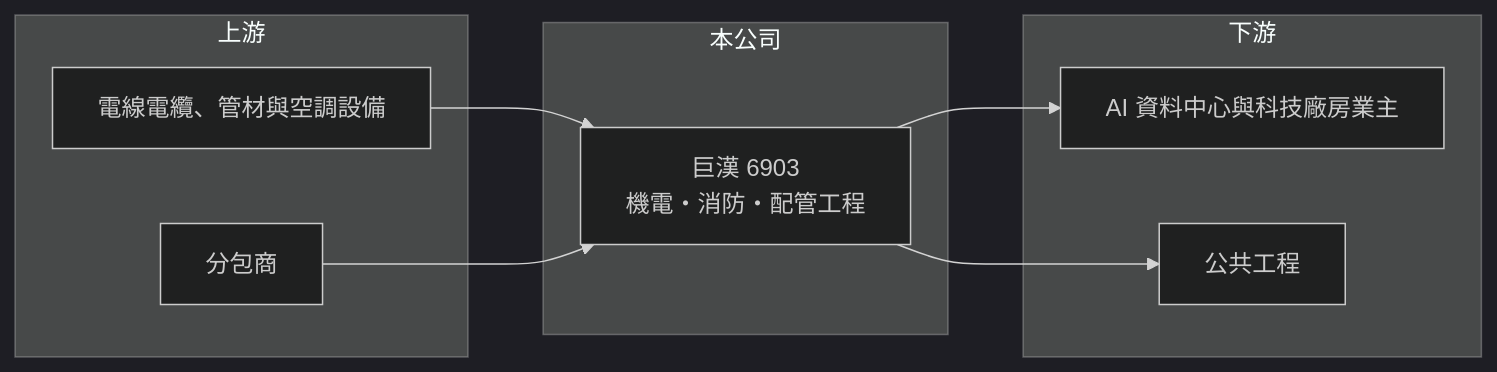
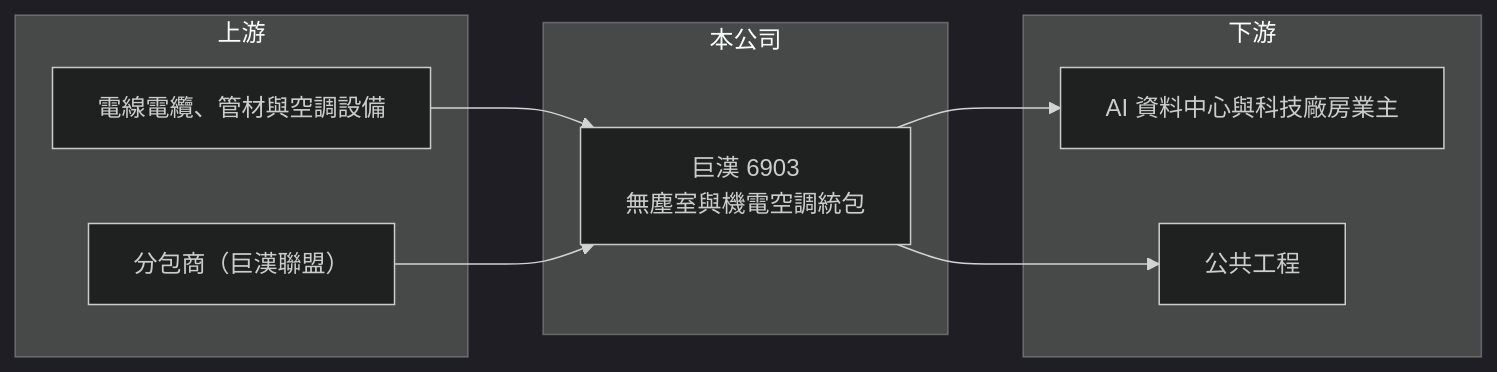
Before and after one commit to wangnick1004/taiwan-stock-vault: the diagram in 個股/台股/6903巨漢.md, drawn with Mermaid (dark theme). The commit also changed other lines of this file and 142 other files, not shown here.

````diff
--- a/個股/台股/6903巨漢.md
+++ b/個股/台股/6903巨漢.md
@@ -84,18 +94,18 @@
 ```mermaid
 flowchart LR
     subgraph 上游
         A1["電線電纜、管材與空調設備"]
-        A2["分包商"]
+        A2["分包商（巨漢聯盟）"]
     end
     subgraph 本公司
-        B["巨漢 6903<br/>機電・消防・配管工程"]
+        B["巨漢 6903<br/>無塵室與機電空調統包"]
     end
     subgraph 下游
         C1["AI 資料中心與科技廠房業主"]
         C2["公共工程"]
     end
     A1 --> B
     A2 --> B
     B --> C1
     B --> C2
 ```
````
